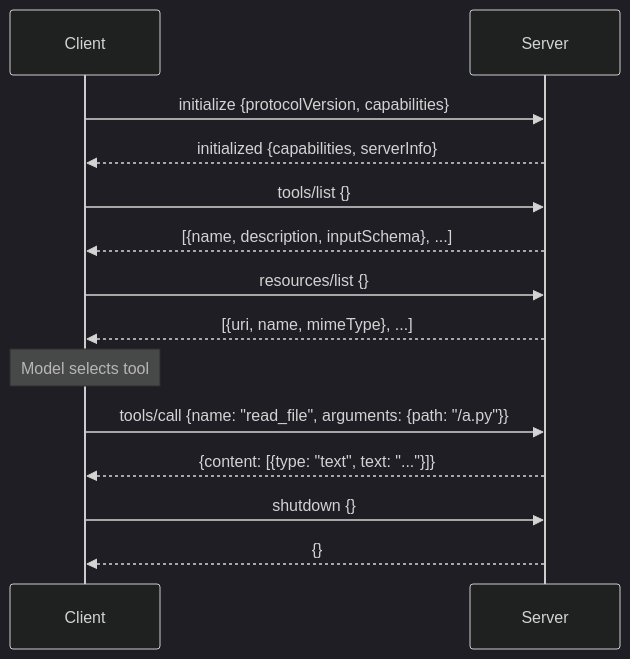
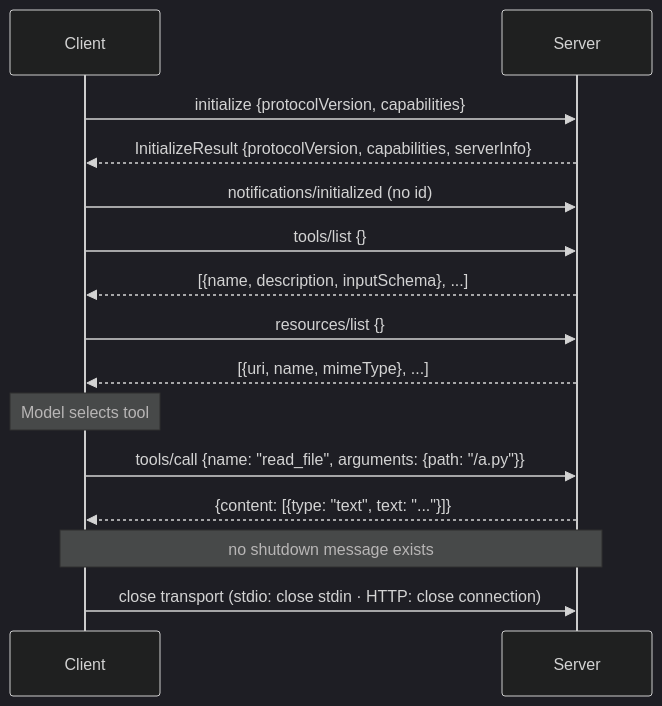
One commit to rppol/system-design changed the second of 4 diagrams in src/main/java/com/rutik/systemdesign/llm/mcp_model_context_protocol/README.md. Above: the diagram before and after it, drawn with Mermaid. The commit also changed other lines of this file and 113 other files, not shown here.

````diff
--- a/src/main/java/com/rutik/systemdesign/llm/mcp_model_context_protocol/README.md
+++ b/src/main/java/com/rutik/systemdesign/llm/mcp_model_context_protocol/README.md
@@ -137,18 +137,19 @@
 ```mermaid
 %%{init: {'theme': 'dark'}}%%
 sequenceDiagram
     participant C as Client
     participant S as Server
 
     C->>S: initialize {protocolVersion, capabilities}
-    S-->>C: initialized {capabilities, serverInfo}
+    S-->>C: InitializeResult {protocolVersion, capabilities, serverInfo}
+    C->>S: notifications/initialized (no id)
     C->>S: tools/list {}
     S-->>C: [{name, description, inputSchema}, ...]
     C->>S: resources/list {}
     S-->>C: [{uri, name, mimeType}, ...]
     Note over C: Model selects tool
     C->>S: tools/call {name: "read_file", arguments: {path: "/a.py"}}
     S-->>C: {content: [{type: "text", text: "..."}]}
-    C->>S: shutdown {}
-    S-->>C: {}
+    Note over C,S: no shutdown message exists
+    C->>S: close transport (stdio: close stdin · HTTP: close connection)
 ```
````
